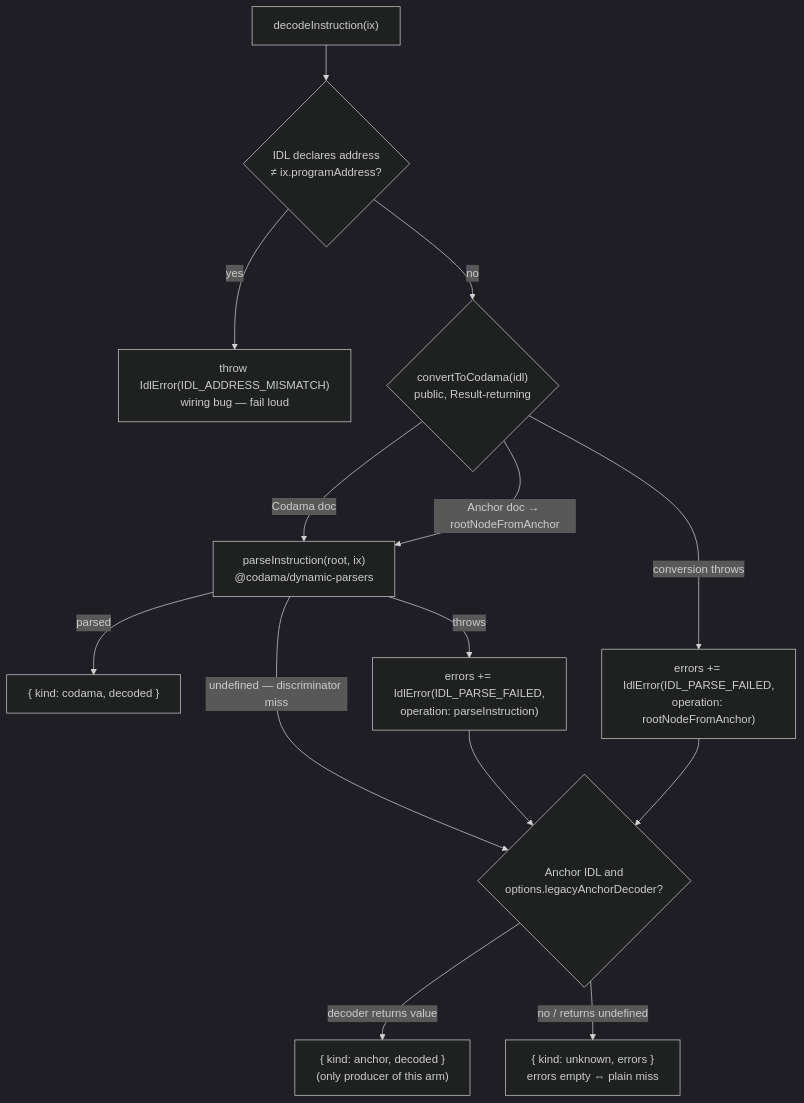
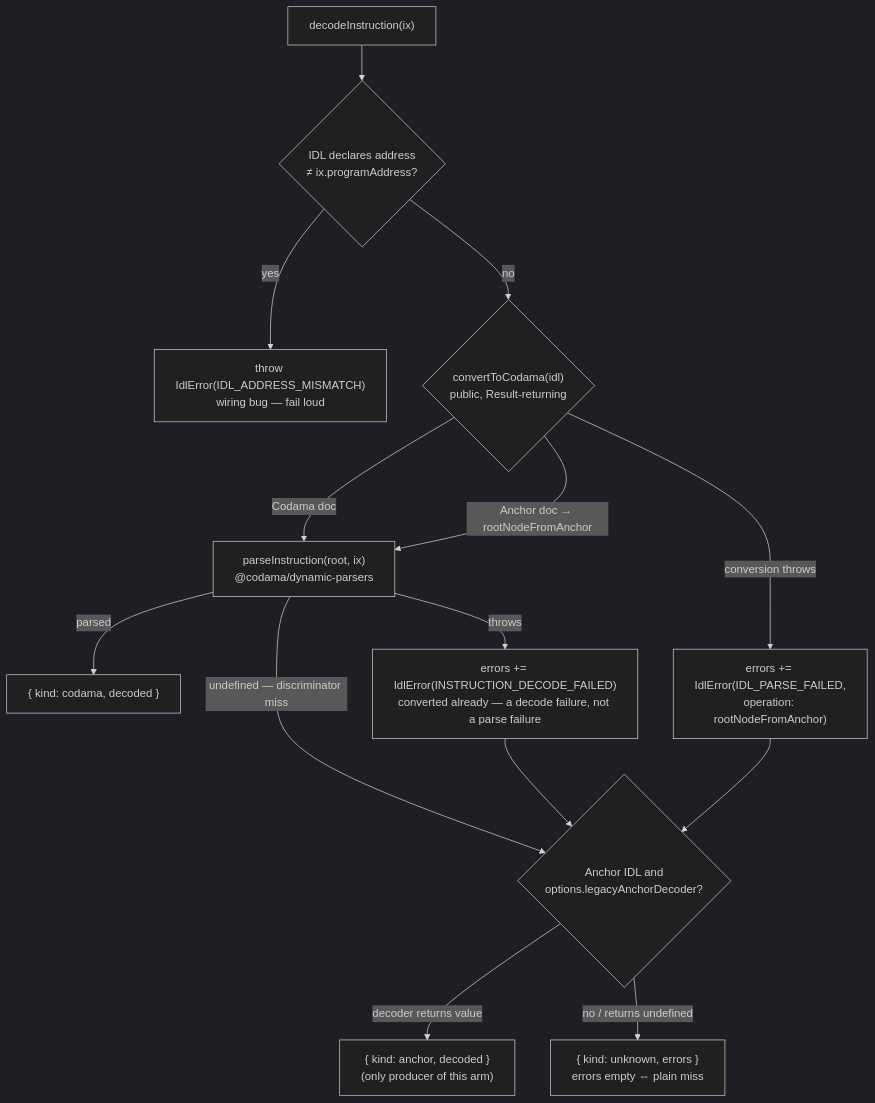
The second of 2 diagrams in packages/idl/DESIGN.md (hoodieshq/explorer), drawn with Mermaid (dark theme) before and after one commit. The commit also changed other lines of this file and 2 other files, not shown here.

Commit message:
docs(idl): sync DESIGN/DEVELOPMENT with current API, add instructionName sample

````diff
--- a/packages/idl/DESIGN.md
+++ b/packages/idl/DESIGN.md
@@ -51,16 +51,16 @@
 ```mermaid
 flowchart TD
     IX["decodeInstruction(ix)"] --> ADDR{"IDL declares address<br/>≠ ix.programAddress?"}
     ADDR -->|yes| MISMATCH["throw IdlError(IDL_ADDRESS_MISMATCH)<br/>wiring bug — fail loud"]
     ADDR -->|no| ROOT{"convertToCodama(idl)<br/>public, Result-returning"}
     ROOT -->|"Codama doc"| PARSE
     ROOT -->|"Anchor doc → rootNodeFromAnchor"| PARSE["parseInstruction(root, ix)<br/>@codama/dynamic-parsers"]
     ROOT -->|"conversion throws"| COLLECT["errors += IdlError(IDL_PARSE_FAILED,<br/>operation: rootNodeFromAnchor)"]
     PARSE -->|"parsed"| CODAMA["{ kind: codama, decoded }"]
     PARSE -->|"undefined — discriminator miss"| FALLBACK
-    PARSE -->|"throws"| COLLECT2["errors += IdlError(IDL_PARSE_FAILED,<br/>operation: parseInstruction)"]
+    PARSE -->|"throws"| COLLECT2["errors += IdlError(INSTRUCTION_DECODE_FAILED)<br/>converted already — a decode failure, not a parse failure"]
     COLLECT --> FALLBACK{"Anchor IDL and<br/>options.legacyAnchorDecoder?"}
     COLLECT2 --> FALLBACK
     FALLBACK -->|"decoder returns value"| ANCHOR["{ kind: anchor, decoded }<br/>(only producer of this arm)"]
     FALLBACK -->|"no / returns undefined"| UNKNOWN["{ kind: unknown, errors }<br/>errors empty ⇔ plain miss"]
 ```
````
